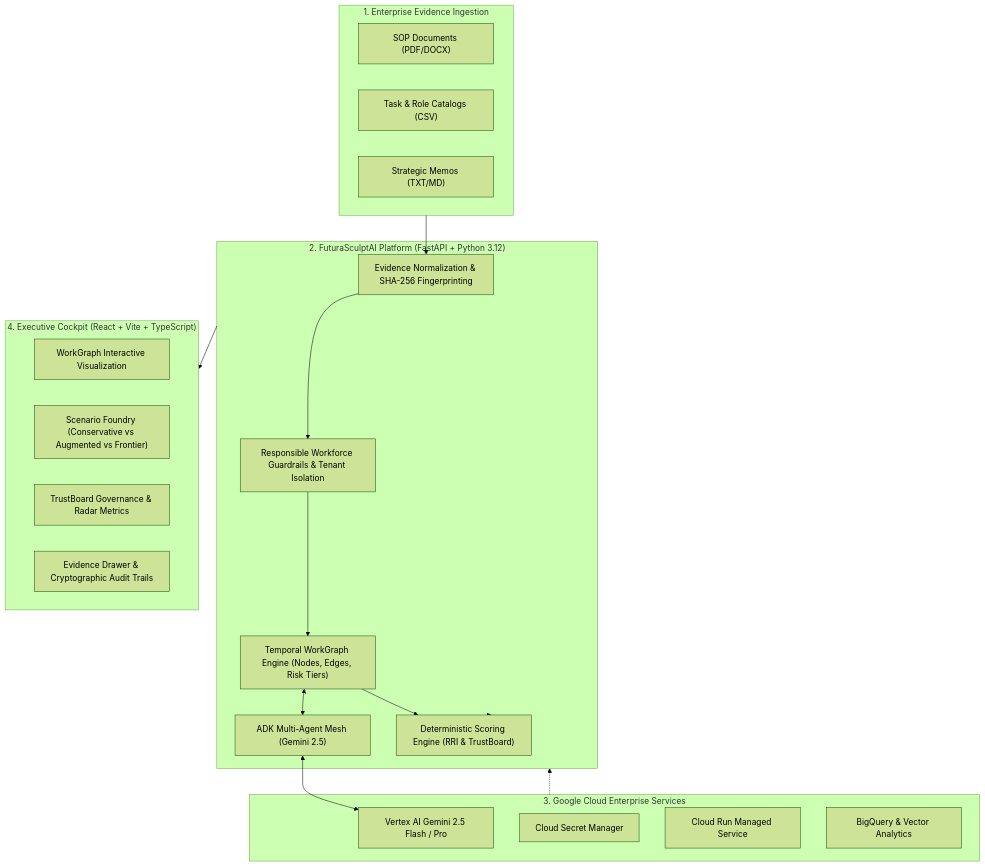
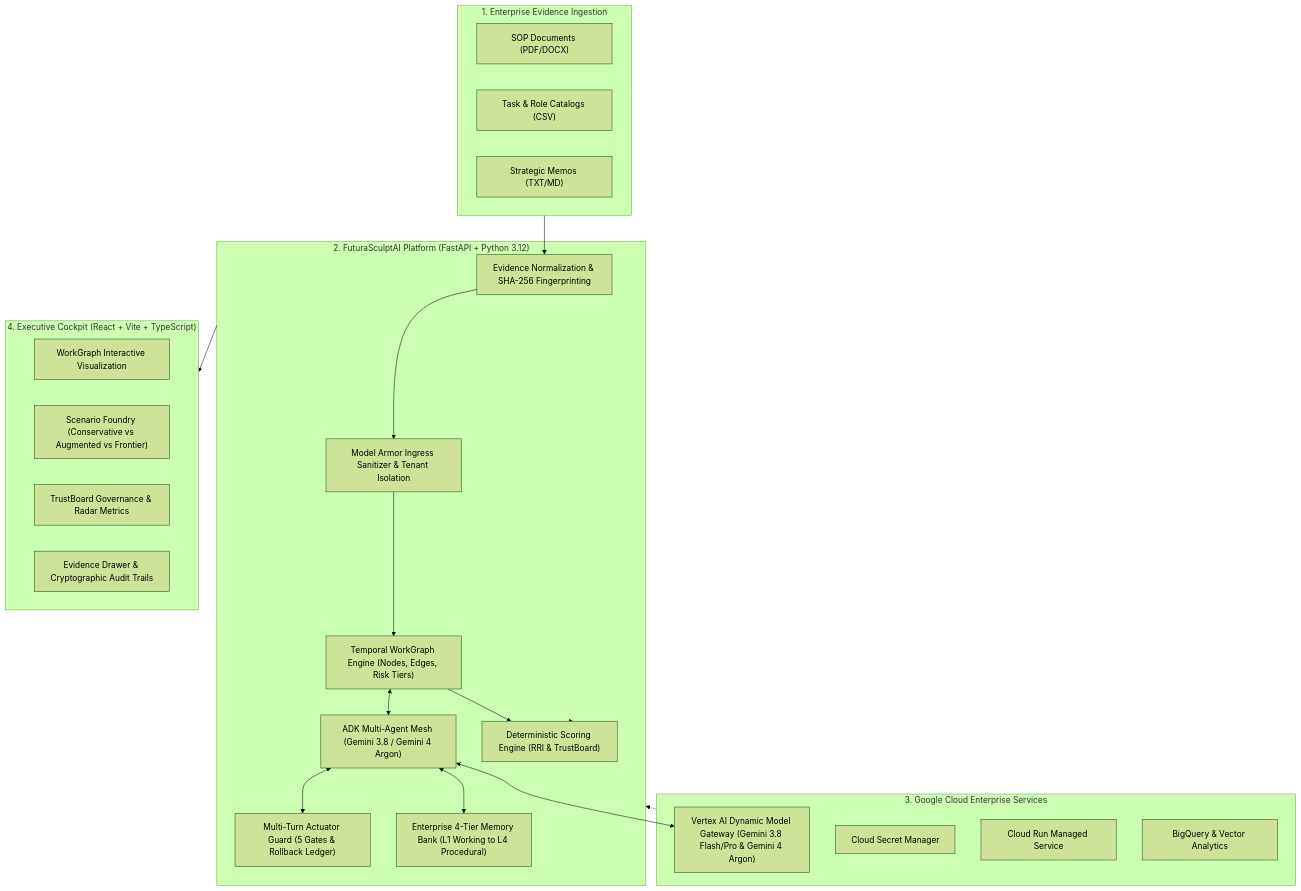
The diagram in ARCHITECTURE.md (sivasubramanian86/FuturaSculptAI), drawn with Mermaid (forest theme) before and after one commit. The commit also changed other lines of this file and 11 other files, not shown here.

Commit message:
feat(core): integrate Gemini 3.8 and Argon gateway, 5-gate actuator guard, and 4-tier memory bank

````diff
--- a/ARCHITECTURE.md
+++ b/ARCHITECTURE.md
@@ -19,40 +19,44 @@
 ```mermaid
 flowchart TD
     subgraph EnterpriseInputs["1. Enterprise Evidence Ingestion"]
         SOP["SOP Documents (PDF/DOCX)"]
         CSV["Task & Role Catalogs (CSV)"]
         Strat["Strategic Memos (TXT/MD)"]
     end
 
     subgraph CorePlatform["2. FuturaSculptAI Platform (FastAPI + Python 3.12)"]
         Ingest["Evidence Normalization & SHA-256 Fingerprinting"]
         WG["Temporal WorkGraph Engine (Nodes, Edges, Risk Tiers)"]
-        Mesh["ADK Multi-Agent Mesh (Gemini 2.5)"]
+        Mesh["ADK Multi-Agent Mesh (Gemini 3.8 / Gemini 4 Argon)"]
+        Actuator["Multi-Turn Actuator Guard (5 Gates & Rollback Ledger)"]
+        MemBank["Enterprise 4-Tier Memory Bank (L1 Working to L4 Procedural)"]
         Math["Deterministic Scoring Engine (RRI & TrustBoard)"]
-        Sec["Responsible Workforce Guardrails & Tenant Isolation"]
+        Sec["Model Armor Ingress Sanitizer & Tenant Isolation"]
     end
 
     subgraph GoogleCloud["3. Google Cloud Enterprise Services"]
-        Vertex["Vertex AI Gemini 2.5 Flash / Pro"]
+        Vertex["Vertex AI Dynamic Model Gateway (Gemini 3.8 Flash/Pro & Gemini 4 Argon)"]
         SecretMgr["Cloud Secret Manager"]
         CloudRun["Cloud Run Managed Service"]
         BQ["BigQuery & Vector Analytics"]
     end
 
     subgraph ExecutiveCockpit["4. Executive Cockpit (React + Vite + TypeScript)"]
         GraphUI["WorkGraph Interactive Visualization"]
         ScenarioUI["Scenario Foundry (Conservative vs Augmented vs Frontier)"]
         TrustUI["TrustBoard Governance & Radar Metrics"]
         LedgerUI["Evidence Drawer & Cryptographic Audit Trails"]
     end
 
     EnterpriseInputs --> Ingest
     Ingest --> Sec
     Sec --> WG
     WG <--> Mesh
+    Mesh <--> Actuator
+    Mesh <--> MemBank
     Mesh <--> Vertex
     WG --> Math
     Math --> CorePlatform
     CorePlatform --> ExecutiveCockpit
     GoogleCloud -.-> CorePlatform
 ```
````
